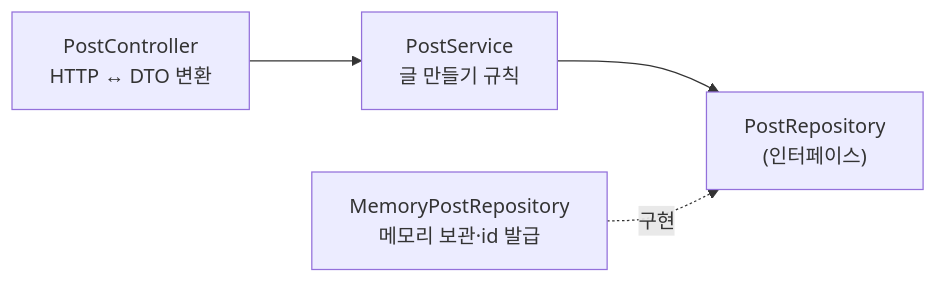
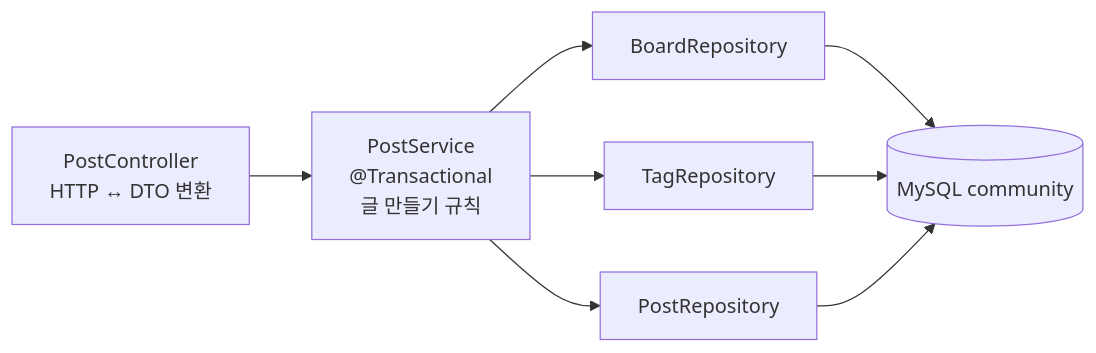
Before and after one commit to ai-ext/javaExperience: the diagram in scenario/ch1-create-post/1-3-service-layer.md, drawn with Mermaid. The commit also changed other lines of this file and 2114 other files, not shown here.

````diff
--- a/scenario/ch1-create-post/1-3-service-layer.md
+++ b/scenario/ch1-create-post/1-3-service-layer.md
@@ -9,6 +18,8 @@
 ```mermaid
 flowchart LR
-  C["PostController<br/>HTTP ↔ DTO 변환"] --> S["PostService<br/>글 만들기 규칙"]
-  S --> R["PostRepository<br/>(인터페이스)"]
-  M["MemoryPostRepository<br/>메모리 보관·id 발급"] -. 구현 .-> R
+  C["PostController<br/>HTTP ↔ DTO 변환"] --> S["PostService<br/>@Transactional<br/>글 만들기 규칙"]
+  S --> B["BoardRepository"]
+  S --> T["TagRepository"]
+  S --> P["PostRepository"]
+  B & T & P --> DB[("MySQL community")]
 ```
````
